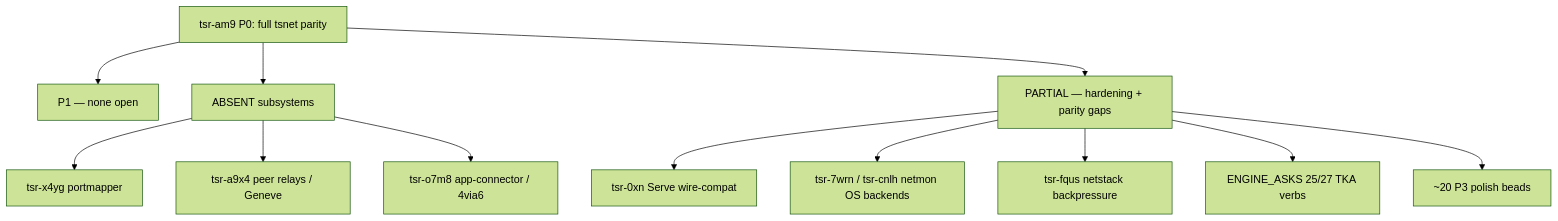
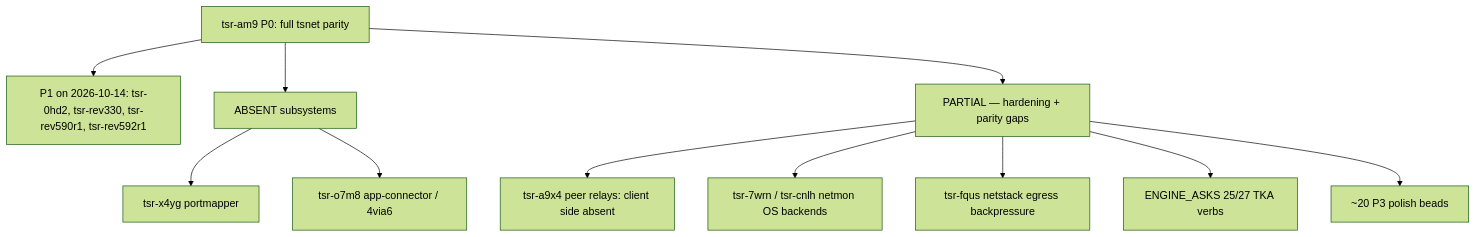
The diagram in docs/MIGRATION_STATUS.md (GeiserX/tailscale-rs), drawn with Mermaid (forest theme) before and after one commit. The commit also changed other lines of this file and 9 other files, not shown here.

````diff
--- a/docs/MIGRATION_STATUS.md
+++ b/docs/MIGRATION_STATUS.md
@@ -42,15 +47,14 @@
 ```mermaid
 graph TD
     EPIC[tsr-am9 P0: full tsnet parity]
-    EPIC --> P1[P1 — none open]
+    EPIC --> P1[P1 on 2026-10-14: tsr-0hd2, tsr-rev330, tsr-rev590r1, tsr-rev592r1]
     EPIC --> ABS[ABSENT subsystems]
     EPIC --> PART[PARTIAL — hardening + parity gaps]
     ABS --> X4[tsr-x4yg portmapper]
-    ABS --> A9[tsr-a9x4 peer relays / Geneve]
     ABS --> O7[tsr-o7m8 app-connector / 4via6]
-    PART --> SERVE[tsr-0xn Serve wire-compat]
+    PART --> A9[tsr-a9x4 peer relays: client side absent]
     PART --> NETMON[tsr-7wrn / tsr-cnlh netmon OS backends]
-    PART --> DOS[tsr-fqus netstack backpressure]
+    PART --> DOS[tsr-fqus netstack egress backpressure]
     PART --> TKA[ENGINE_ASKS 25/27 TKA verbs]
     PART --> TAIL[~20 P3 polish beads]
 ```
````
